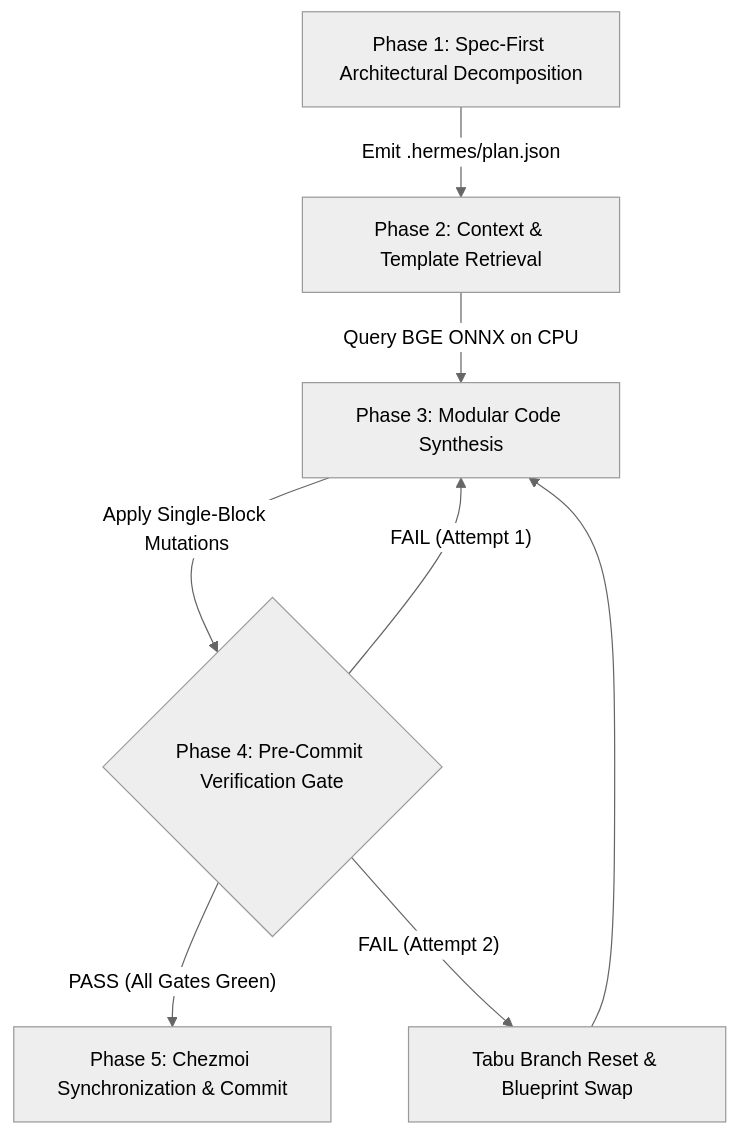
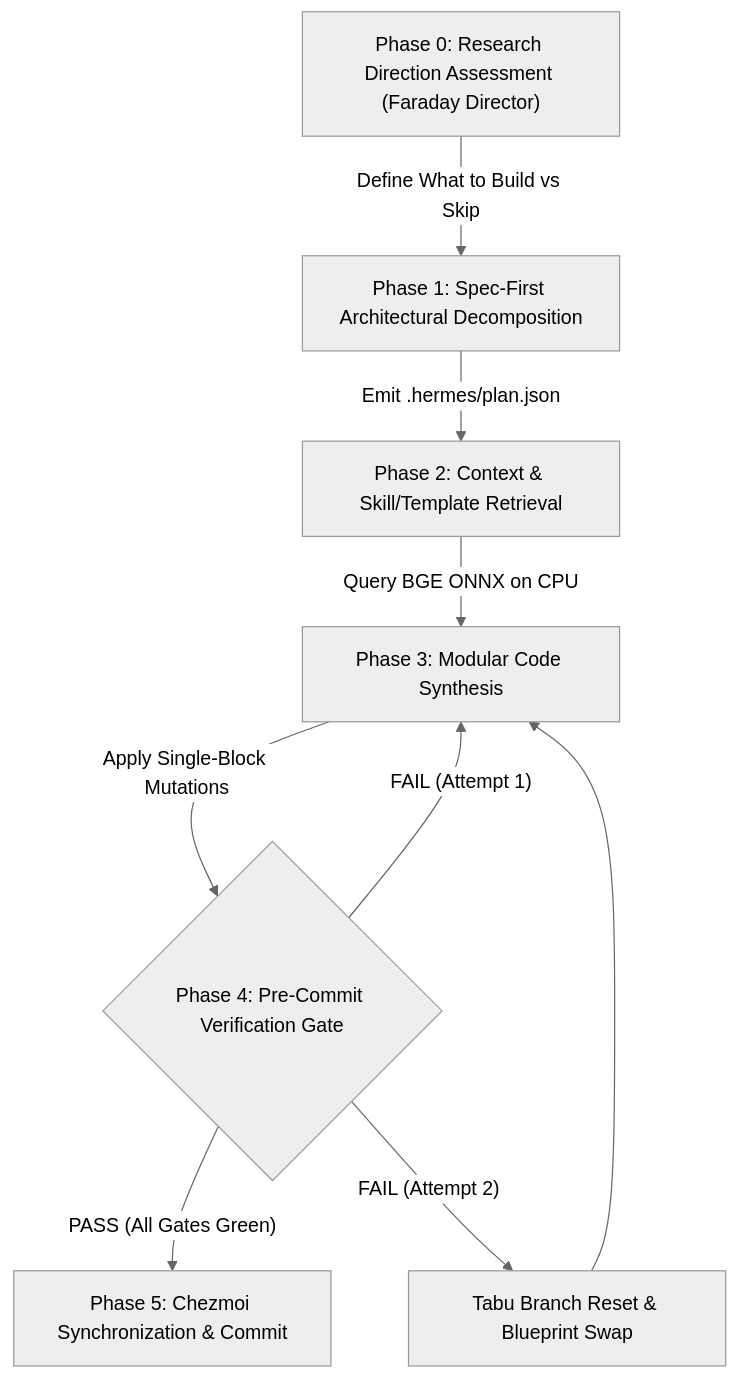
Before and after one commit to imshubhamsocial/dotfiles-hermes: the diagram in AGENTS.md, drawn with Mermaid (neutral theme). The commit also changed other lines of this file and 18 other files, not shown here.

Commit message:
feat(roadmap6): implement roadmap6 end-to-end (security, skills, director, ui, hub, pipelines)

````diff
--- a/AGENTS.md
+++ b/AGENTS.md
@@ -72,10 +73,11 @@
 ```mermaid
 graph TD
-    A["Phase 1: Spec-First Architectural Decomposition"] -->|"Emit .hermes/plan.json"| B["Phase 2: Context & Template Retrieval"]
+    Z["Phase 0: Research Direction Assessment (Faraday Director)"] -->|"Define What to Build vs Skip"| A["Phase 1: Spec-First Architectural Decomposition"]
+    A -->|"Emit .hermes/plan.json"| B["Phase 2: Context & Skill/Template Retrieval"]
     B -->|"Query BGE ONNX on CPU"| C["Phase 3: Modular Code Synthesis"]
     C -->|"Apply Single-Block Mutations"| D{"Phase 4: Pre-Commit Verification Gate"}
     D -->|"PASS (All Gates Green)"| E["Phase 5: Chezmoi Synchronization & Commit"]
     D -->|"FAIL (Attempt 1)"| C
     D -->|"FAIL (Attempt 2)"| F["Tabu Branch Reset & Blueprint Swap"]
     F --> C
 ```
````
